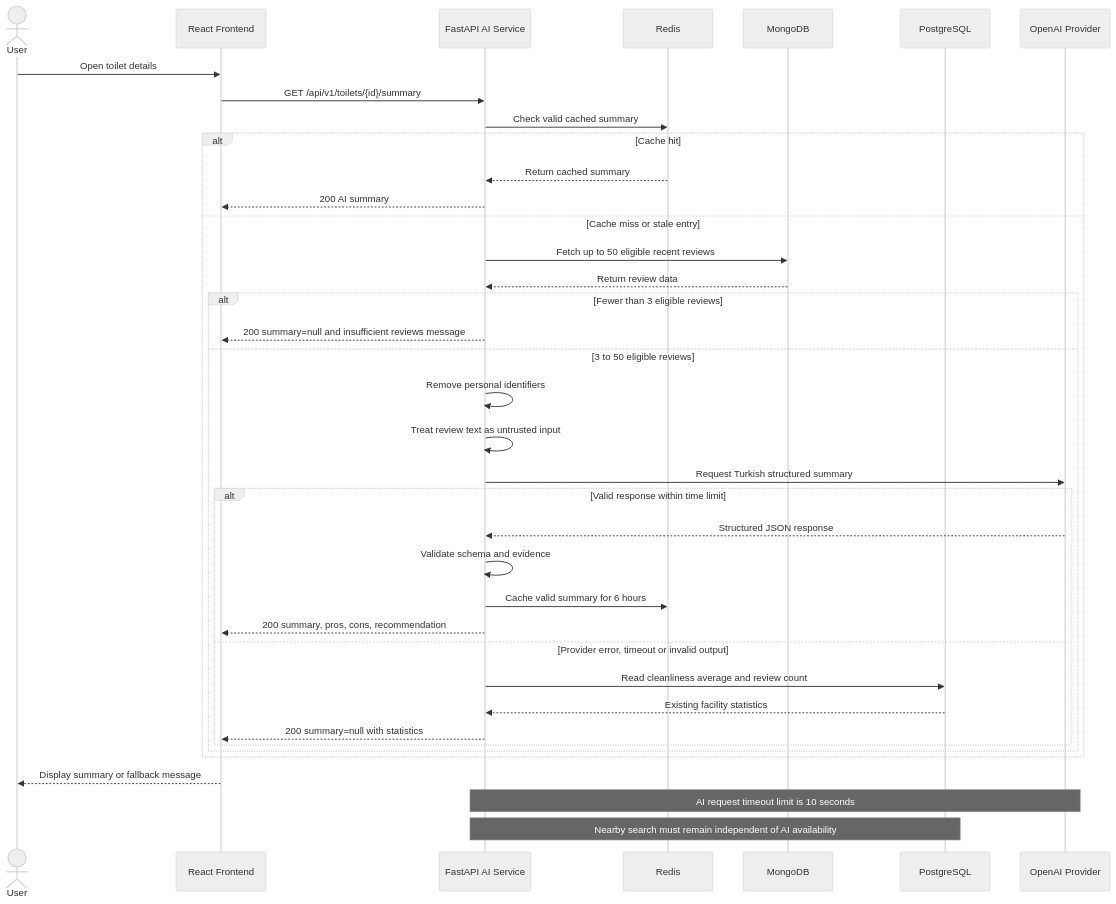
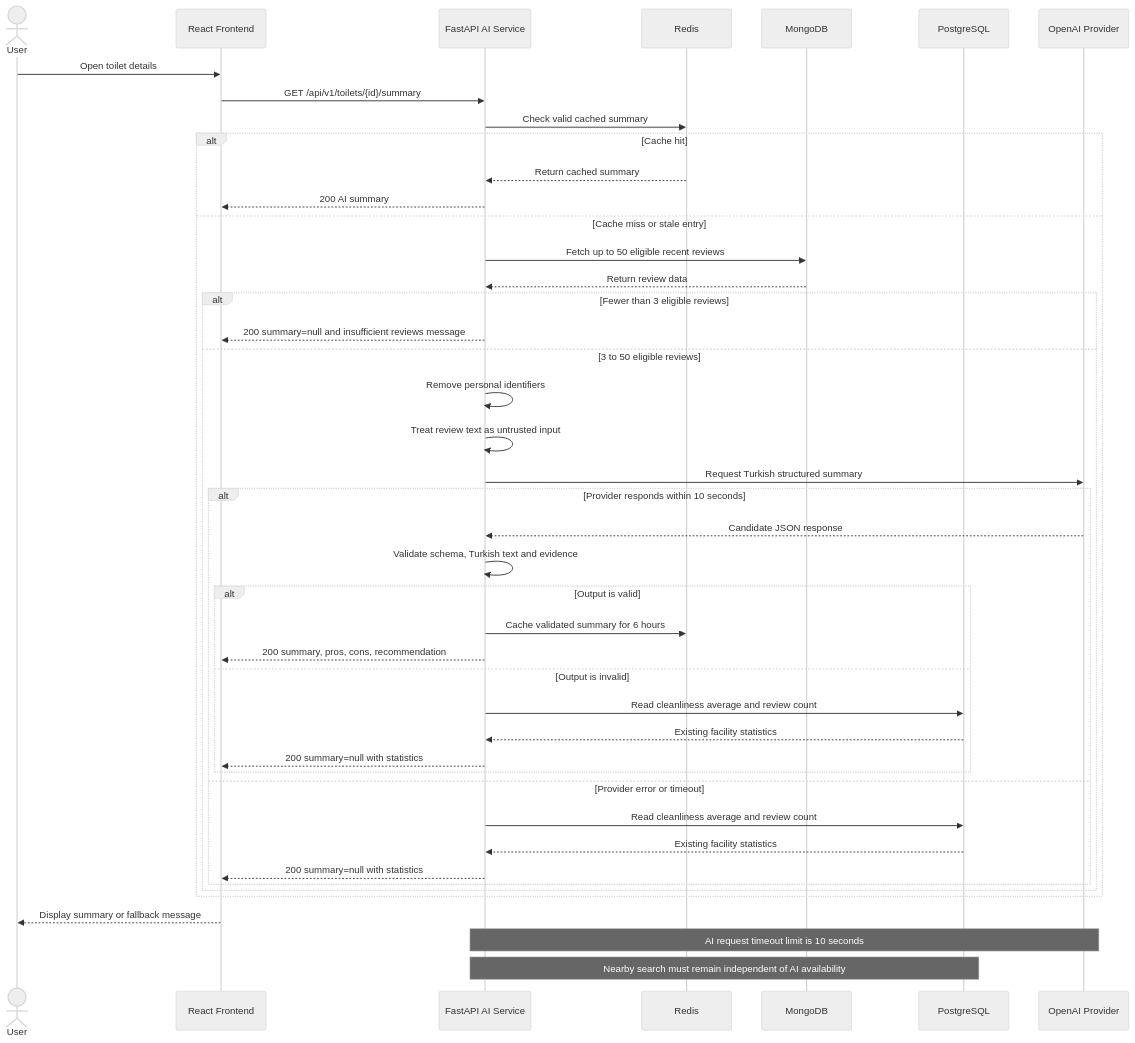
Before and after one commit to akcedia/SmartLoo: the diagram in docs/design/sequence/ai-summary.md, drawn with Mermaid (neutral theme).

Commit message:
Update AI response handling in sequence diagram

````diff
--- a/docs/design/sequence/ai-summary.md
+++ b/docs/design/sequence/ai-summary.md
@@ -14,46 +14,54 @@
 ```mermaid
 sequenceDiagram
     actor User
     participant UI as React Frontend
     participant API as FastAPI AI Service
     participant Cache as Redis
     participant Reviews as MongoDB
     participant DB as PostgreSQL
     participant AI as OpenAI Provider
 
     User->>UI: Open toilet details
     UI->>API: GET /api/v1/toilets/{id}/summary
     API->>Cache: Check valid cached summary
 
     alt Cache hit
         Cache-->>API: Return cached summary
         API-->>UI: 200 AI summary
     else Cache miss or stale entry
         API->>Reviews: Fetch up to 50 eligible recent reviews
         Reviews-->>API: Return review data
 
         alt Fewer than 3 eligible reviews
             API-->>UI: 200 summary=null and insufficient reviews message
         else 3 to 50 eligible reviews
             API->>API: Remove personal identifiers
             API->>API: Treat review text as untrusted input
             API->>AI: Request Turkish structured summary
 
-            alt Valid response within time limit
-                AI-->>API: Structured JSON response
-                API->>API: Validate schema and evidence
-                API->>Cache: Cache valid summary for 6 hours
-                API-->>UI: 200 summary, pros, cons, recommendation
-            else Provider error, timeout or invalid output
+            alt Provider responds within 10 seconds
+                AI-->>API: Candidate JSON response
+                API->>API: Validate schema, Turkish text and evidence
+
+                alt Output is valid
+                    API->>Cache: Cache validated summary for 6 hours
+                    API-->>UI: 200 summary, pros, cons, recommendation
+                else Output is invalid
+                    API->>DB: Read cleanliness average and review count
+                    DB-->>API: Existing facility statistics
+                    API-->>UI: 200 summary=null with statistics
+                end
+
+            else Provider error or timeout
                 API->>DB: Read cleanliness average and review count
                 DB-->>API: Existing facility statistics
                 API-->>UI: 200 summary=null with statistics
             end
         end
     end
 
     UI-->>User: Display summary or fallback message
 
     Note over API,AI: AI request timeout limit is 10 seconds
     Note over API,DB: Nearby search must remain independent of AI availability
 ```
````
